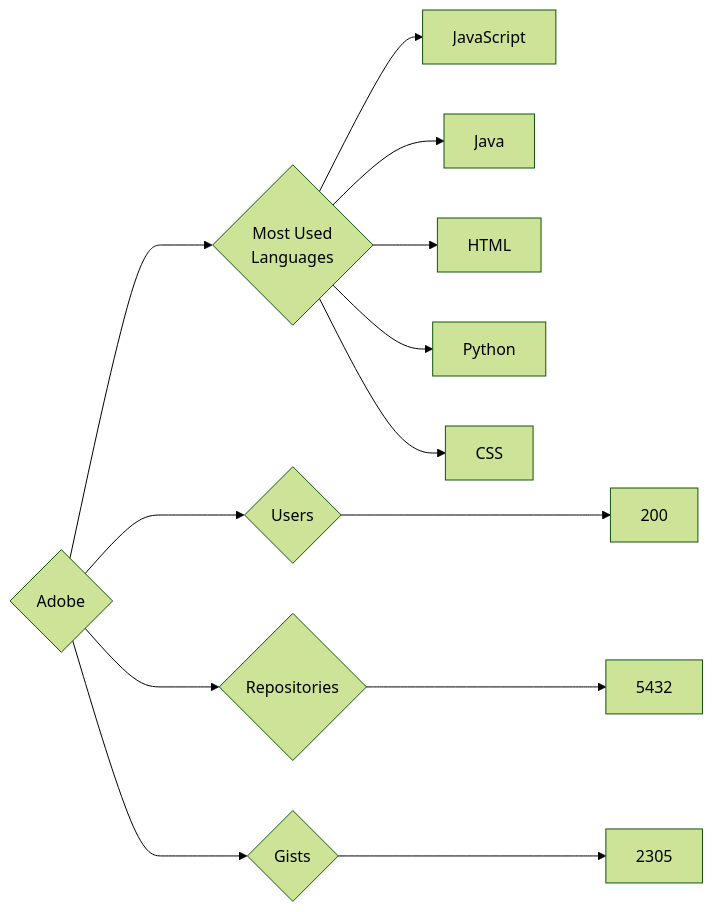
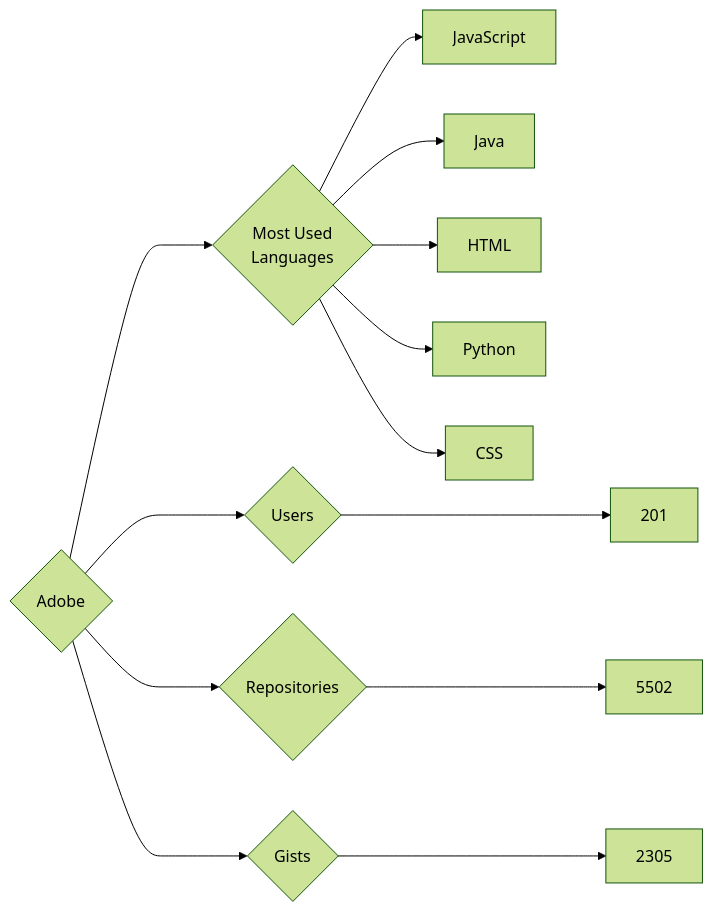
One commit to nenadzaric/insiders changed the diagram in targets/Adobe/README.md. Above: the diagram before and after it, drawn with Mermaid (forest theme). The commit also changed 25 other files, not shown here.

````diff
--- a/targets/Adobe/README.md
+++ b/targets/Adobe/README.md
@@ -3,13 +3,13 @@
 ```mermaid
 graph LR
 COMPANY_NAME{Adobe}
-COMPANY_NAME ---> U{Users} ---> UN[200]
-COMPANY_NAME ---> R{Repositories} ---> RN[5432]
+COMPANY_NAME ---> U{Users} ---> UN[201]
+COMPANY_NAME ---> R{Repositories} ---> RN[5502]
 COMPANY_NAME ---> G{Gists} ---> GN[2305]
 COMPANY_NAME ---> ML{Most Used<br>Languages}
 ML --> JavaScript[JavaScript]
 ML --> Java[Java]
 ML --> HTML[HTML]
 ML --> Python[Python]
 ML --> CSS[CSS]
 ```
````
